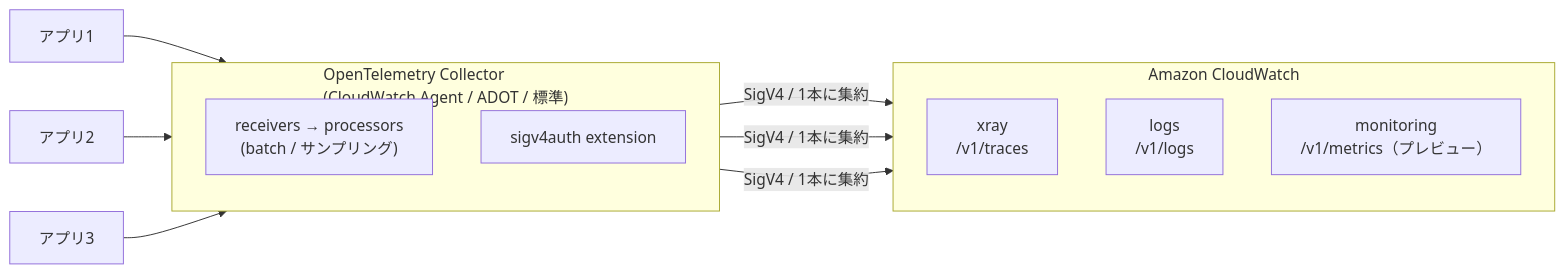
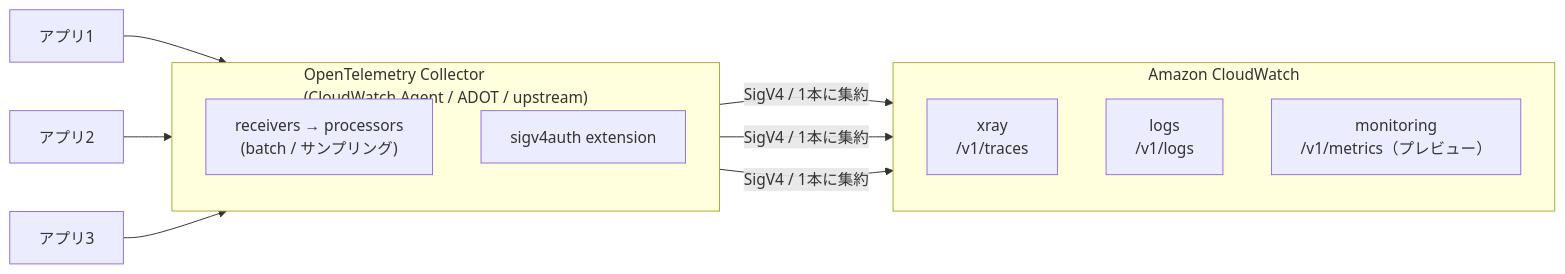
Before and after one commit to nnydtmg/zenn-articles: the third of 3 diagrams in articles/aws-otel-2026.md, drawn with Mermaid. The commit also changed other lines of this file and 4 other files, not shown here.

Commit message:
docs: OTel構成図のdrawioソースを同期 (#9)

````diff
--- a/articles/aws-otel-2026.md
+++ b/articles/aws-otel-2026.md
@@ -232,23 +232,23 @@
 ```mermaid
 flowchart LR
     A1["アプリ1"] --> COL
     A2["アプリ2"] --> COL
     A3["アプリ3"] --> COL
 
-    subgraph COL["OpenTelemetry Collector<br/>(CloudWatch Agent / ADOT / 標準)"]
+    subgraph COL["OpenTelemetry Collector<br/>(CloudWatch Agent / ADOT / upstream)"]
         direction TB
         PIPE["receivers → processors<br/>(batch / サンプリング)"]
         AUTH["sigv4auth extension"]
     end
 
     COL -->|"SigV4 / 1本に集約"| XRAY["xray<br/>/v1/traces"]
     COL -->|"SigV4 / 1本に集約"| LOGS["logs<br/>/v1/logs"]
     COL -->|"SigV4 / 1本に集約"| MON["monitoring<br/>/v1/metrics（プレビュー）"]
 
     subgraph CW["Amazon CloudWatch"]
         direction TB
         XRAY
         LOGS
         MON
     end
 ```
````
